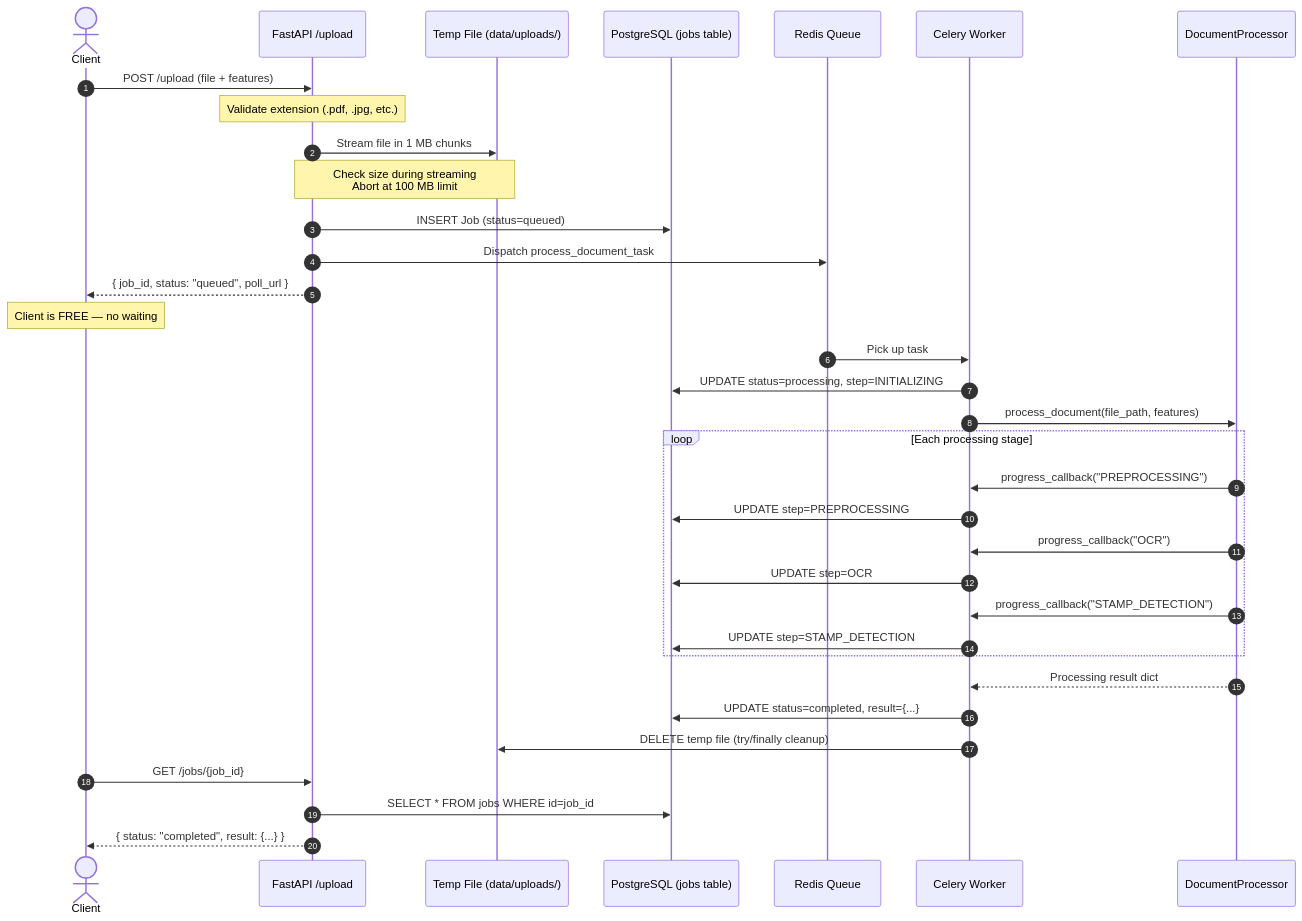
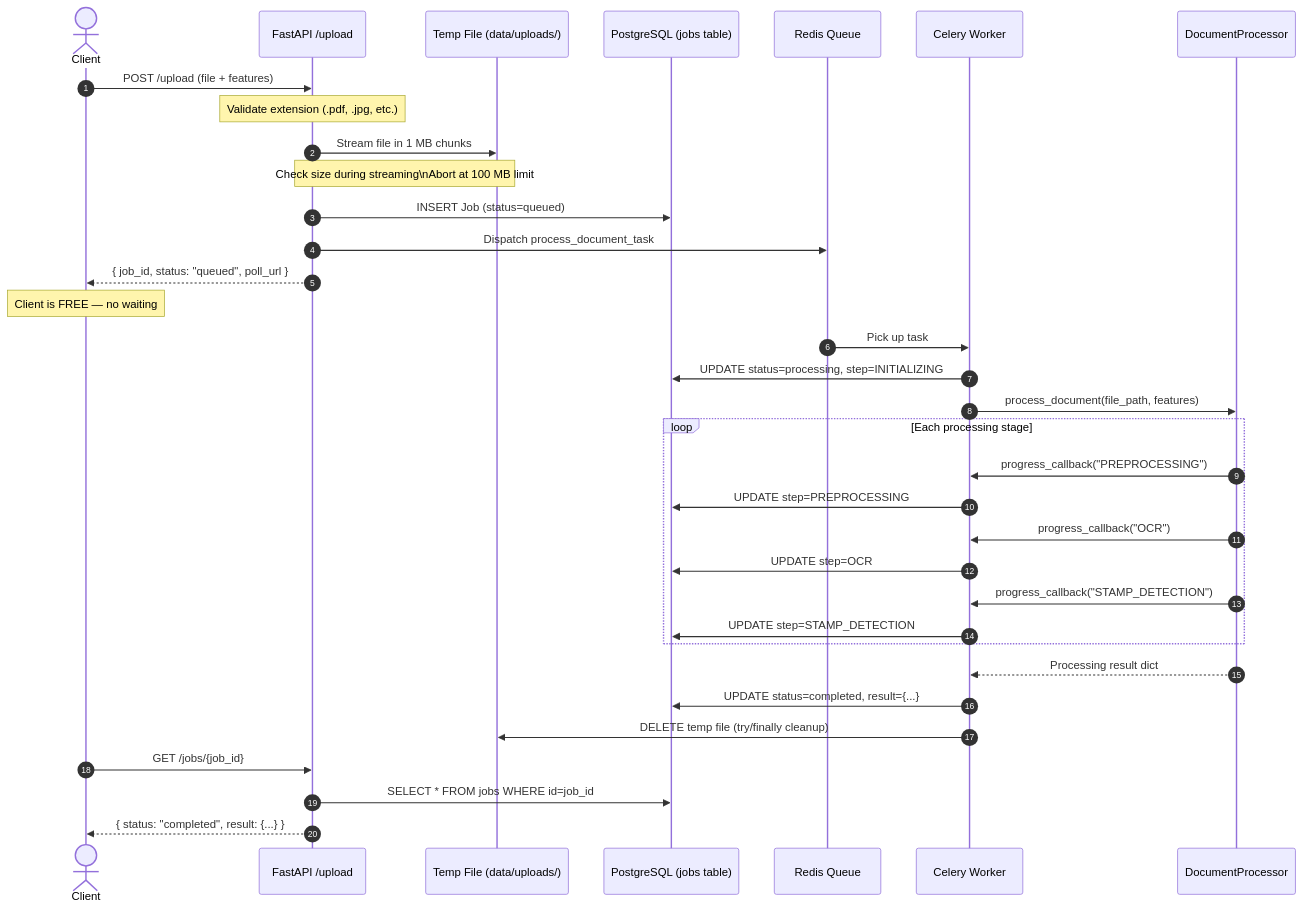
Diagram 17 of 18 in ARCHITECTURE.md (Sakshisingh-BV/Intellicheck-Docs), drawn with Mermaid before and after one commit. The commit also changed other lines of this file, not shown here.

Commit message:
ARCHITECTURE.md fix

````diff
--- a/ARCHITECTURE.md
+++ b/ARCHITECTURE.md
@@ -830,45 +830,45 @@
 ```mermaid
 sequenceDiagram
     autonumber
     actor Client
     participant API as FastAPI /upload
     participant Disk as Temp File (data/uploads/)
     participant DB as PostgreSQL (jobs table)
     participant Redis as Redis Queue
     participant Worker as Celery Worker
     participant DP as DocumentProcessor
 
     Client->>API: POST /upload (file + features)
     
     Note over API: Validate extension (.pdf, .jpg, etc.)
     
     API->>Disk: Stream file in 1 MB chunks
-    Note over API,Disk: Check size during streaming<br/>Abort at 100 MB limit
+    Note over API,Disk: Check size during streaming\nAbort at 100 MB limit
     
     API->>DB: INSERT Job (status=queued)
     API->>Redis: Dispatch process_document_task
     API-->>Client: { job_id, status: "queued", poll_url }
     
     Note over Client: Client is FREE — no waiting
     
     Redis->>Worker: Pick up task
     Worker->>DB: UPDATE status=processing, step=INITIALIZING
     Worker->>DP: process_document(file_path, features)
     
     loop Each processing stage
         DP->>Worker: progress_callback("PREPROCESSING")
         Worker->>DB: UPDATE step=PREPROCESSING
         DP->>Worker: progress_callback("OCR")
         Worker->>DB: UPDATE step=OCR
         DP->>Worker: progress_callback("STAMP_DETECTION")
         Worker->>DB: UPDATE step=STAMP_DETECTION
     end
     
     DP-->>Worker: Processing result dict
     Worker->>DB: UPDATE status=completed, result={...}
     Worker->>Disk: DELETE temp file (try/finally cleanup)
     
     Client->>API: GET /jobs/{job_id}
     API->>DB: SELECT * FROM jobs WHERE id=job_id
     API-->>Client: { status: "completed", result: {...} }
 ```
````
